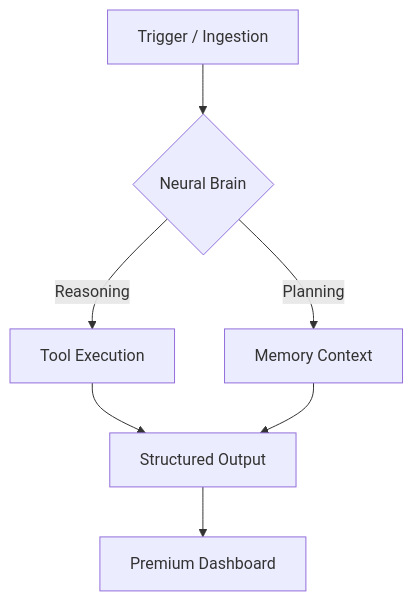
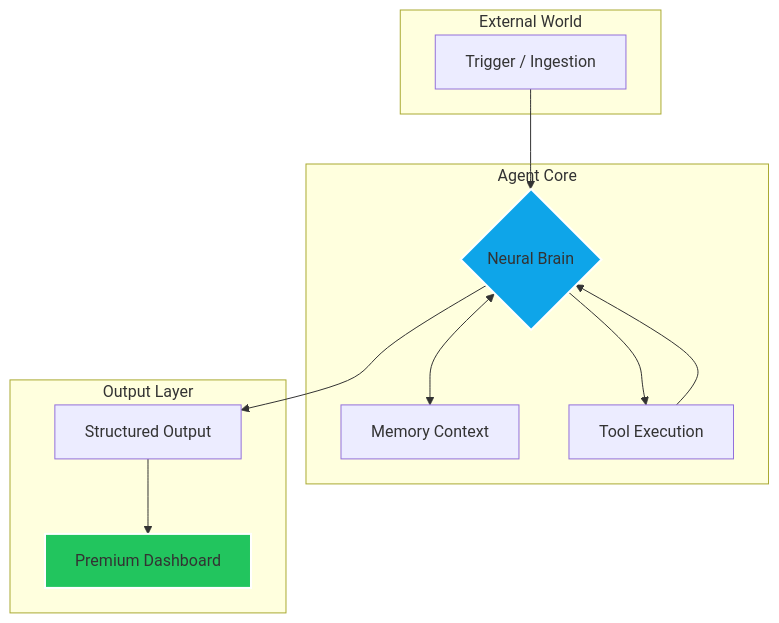
The diagram in README.md (HarshChoudhary2003/Real-world-AI-agents-hub), drawn with Mermaid before and after one commit. The commit also changed other lines of this file and 3 other files, not shown here.

````diff
--- a/README.md
+++ b/README.md
@@ -248,8 +246,27 @@
 ```mermaid
 graph TD
-    A[Trigger / Ingestion] --> B{Neural Brain}
-    B -->|Reasoning| C[Tool Execution]
-    B -->|Planning| D[Memory Context]
-    C & D --> E[Structured Output]
-    E --> F[Premium Dashboard]
+    subgraph "External World"
+        A[Trigger / Ingestion]
+    end
+    
+    subgraph "Agent Core"
+        B{Neural Brain}
+        D[Memory Context]
+        C[Tool Execution]
+    end
+    
+    subgraph "Output Layer"
+        E[Structured Output]
+        F[Premium Dashboard]
+    end
+
+    A --> B
+    B <--> D
+    B --> C
+    C --> B
+    B --> E
+    E --> F
+    
+    style B fill:#0ea5e9,stroke:#fff,stroke-width:2px
+    style F fill:#22c55e,stroke:#fff,stroke-width:2px
 ```
````
